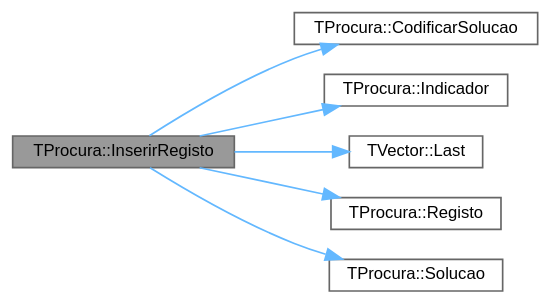
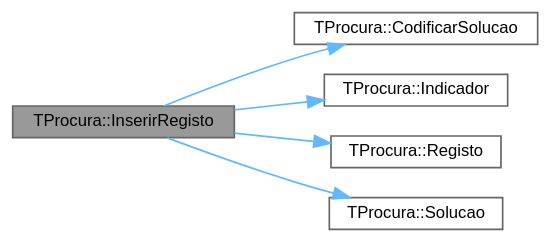
One commit to jcoelho72/TProcura changed the diagram in classTProcura_acd7a254a5057023a21b9909053c36f24_cgraph.dot. Above: the diagram before and after it, drawn with Graphviz. The commit also changed 151 other files, not shown here.

```diff
--- a/classTProcura_acd7a254a5057023a21b9909053c36f24_cgraph.dot
+++ b/classTProcura_acd7a254a5057023a21b9909053c36f24_cgraph.dot
@@ -1,19 +1,17 @@
 digraph "TProcura::InserirRegisto"
 {
  // LATEX_PDF_SIZE
   bgcolor="transparent";
   edge [fontname=Helvetica,fontsize=10,labelfontname=Helvetica,labelfontsize=10];
   node [fontname=Helvetica,fontsize=10,shape=box,height=0.2,width=0.4];
   rankdir="LR";
   Node1 [id="Node000001",label="TProcura::InserirRegisto",height=0.2,width=0.4,color="gray40", fillcolor="grey60", style="filled", fontcolor="black",tooltip="Insere um novo registo de resultados."];
   Node1 -> Node2 [id="edge1_Node000001_Node000002",color="steelblue1",style="solid",tooltip=" "];
   Node2 [id="Node000002",label="TProcura::CodificarSolucao",height=0.2,width=0.4,color="grey40", fillcolor="white", style="filled",URL="$classTProcura.html#ac772df9c7bcd3c5bb20f17c783ec3155",tooltip="retorna um vetor de inteiros com a codificação da solução (esta codificação será adicionada aos indic..."];
   Node1 -> Node3 [id="edge2_Node000001_Node000003",color="steelblue1",style="solid",tooltip=" "];
   Node3 [id="Node000003",label="TProcura::Indicador",height=0.2,width=0.4,color="grey40", fillcolor="white", style="filled",URL="$classTProcura.html#a39f8ec3e0c97c7bc1bcd45e685168da2",tooltip="Retorna um indicador, após a execução do algoritmo."];
   Node1 -> Node4 [id="edge3_Node000001_Node000004",color="steelblue1",style="solid",tooltip=" "];
-  Node4 [id="Node000004",label="TVector::Last",height=0.2,width=0.4,color="grey40", fillcolor="white", style="filled",URL="$classTVector.html#aa304d639c79ef2842f9951846c6292e3",tooltip=" "];
+  Node4 [id="Node000004",label="TProcura::Registo",height=0.2,width=0.4,color="grey40", fillcolor="white", style="filled",URL="$classTProcura.html#ae7fda59c4090bfd47b63d2d227122b77",tooltip="Procura um registo com determinado id."];
   Node1 -> Node5 [id="edge4_Node000001_Node000005",color="steelblue1",style="solid",tooltip=" "];
-  Node5 [id="Node000005",label="TProcura::Registo",height=0.2,width=0.4,color="grey40", fillcolor="white", style="filled",URL="$classTProcura.html#ae7fda59c4090bfd47b63d2d227122b77",tooltip="Procura um registo com determinado id."];
-  Node1 -> Node6 [id="edge5_Node000001_Node000006",color="steelblue1",style="solid",tooltip=" "];
-  Node6 [id="Node000006",label="TProcura::Solucao",height=0.2,width=0.4,color="grey40", fillcolor="white", style="filled",URL="$classTProcura.html#a3c6c463d3ad9c23dc74b5e5039f8d1e6",tooltip="retorna uma solução no formato do TResultado, para ser gravada em ficheiro de soluções,..."];
+  Node5 [id="Node000005",label="TProcura::Solucao",height=0.2,width=0.4,color="grey40", fillcolor="white", style="filled",URL="$classTProcura.html#a3c6c463d3ad9c23dc74b5e5039f8d1e6",tooltip="retorna uma solução no formato do TResultado, para ser gravada em ficheiro de soluções,..."];
 }
```
